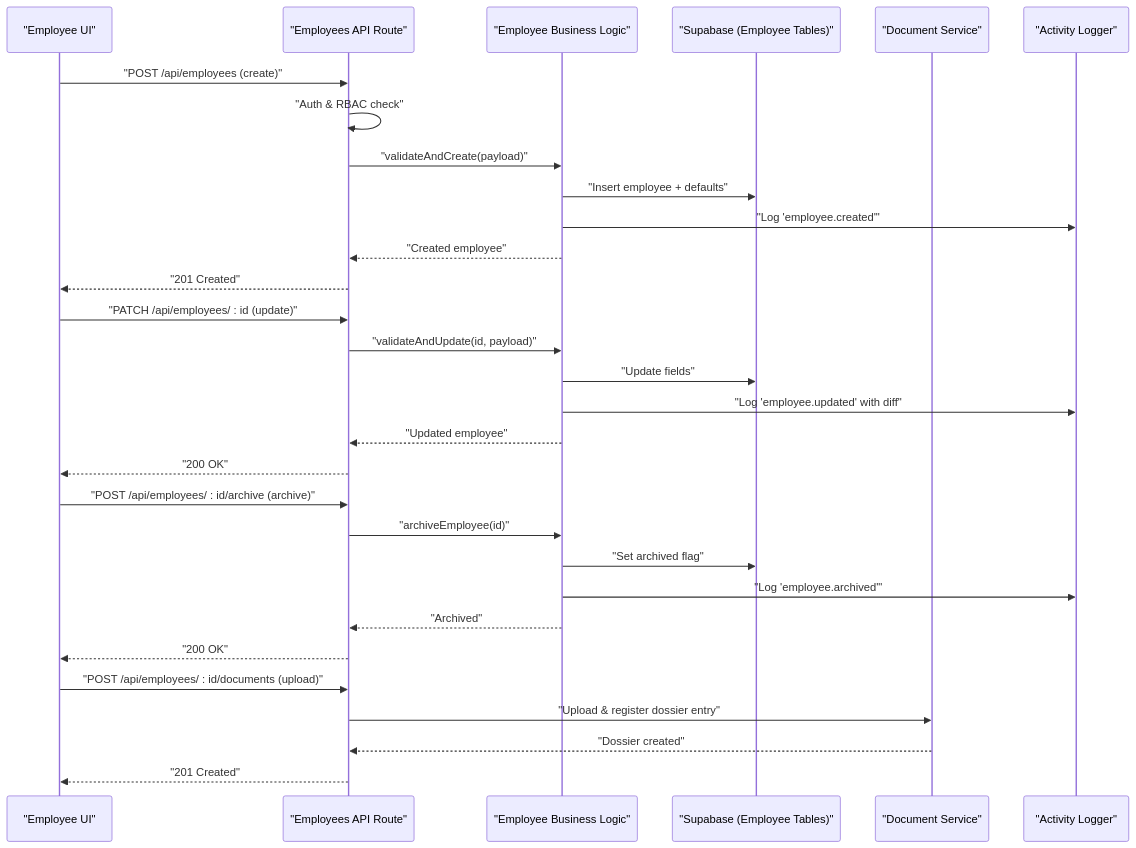
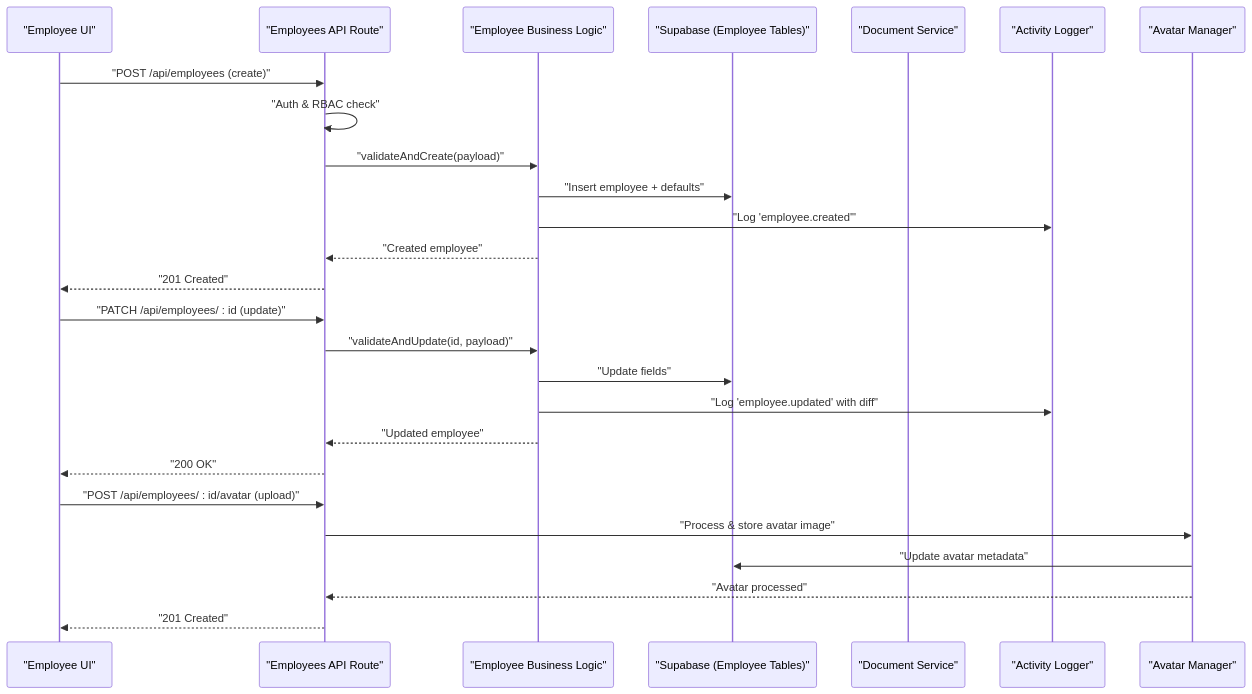
One commit to EdwinCycling/LiquidHR changed the second of 7 diagrams in .qoder/repowiki/en/content/Architecture Overview/Backend Architecture/Business Logic Layer/Core HR Business Logic/Employee Management Services.md. Above: the diagram before and after it, drawn with Mermaid. The commit also changed other lines of this file and 73 other files, not shown here.

````diff
--- a/.qoder/repowiki/en/content/Architecture Overview/Backend Architecture/Business Logic Layer/Core HR Business Logic/Employee Management Services.md
+++ b/.qoder/repowiki/en/content/Architecture Overview/Backend Architecture/Business Logic Layer/Core HR Business Logic/Employee Management Services.md
@@ -174,32 +200,28 @@
 ```mermaid
 sequenceDiagram
 participant UI as "Employee UI"
 participant API as "Employees API Route"
 participant Biz as "Employee Business Logic"
 participant DB as "Supabase (Employee Tables)"
 participant Doc as "Document Service"
 participant Act as "Activity Logger"
+participant Avatar as "Avatar Manager"
 UI->>API : "POST /api/employees (create)"
 API->>API : "Auth & RBAC check"
 API->>Biz : "validateAndCreate(payload)"
 Biz->>DB : "Insert employee + defaults"
 Biz->>Act : "Log 'employee.created'"
 Biz-->>API : "Created employee"
 API-->>UI : "201 Created"
 UI->>API : "PATCH /api/employees/ : id (update)"
 API->>Biz : "validateAndUpdate(id, payload)"
 Biz->>DB : "Update fields"
 Biz->>Act : "Log 'employee.updated' with diff"
 Biz-->>API : "Updated employee"
 API-->>UI : "200 OK"
-UI->>API : "POST /api/employees/ : id/archive (archive)"
-API->>Biz : "archiveEmployee(id)"
-Biz->>DB : "Set archived flag"
-Biz->>Act : "Log 'employee.archived'"
-Biz-->>API : "Archived"
-API-->>UI : "200 OK"
-UI->>API : "POST /api/employees/ : id/documents (upload)"
-API->>Doc : "Upload & register dossier entry"
-Doc-->>API : "Dossier created"
+UI->>API : "POST /api/employees/ : id/avatar (upload)"
+API->>Avatar : "Process & store avatar image"
+Avatar->>DB : "Update avatar metadata"
+Avatar-->>API : "Avatar processed"
 API-->>UI : "201 Created"
 ```
````
